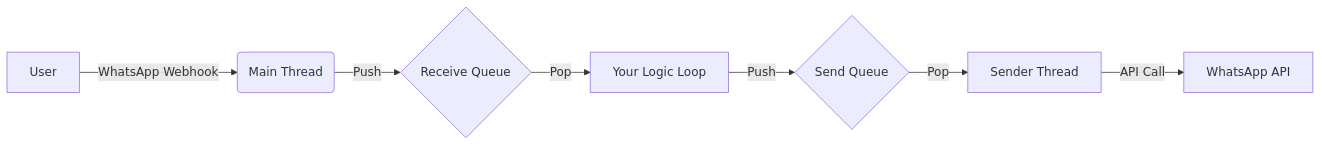
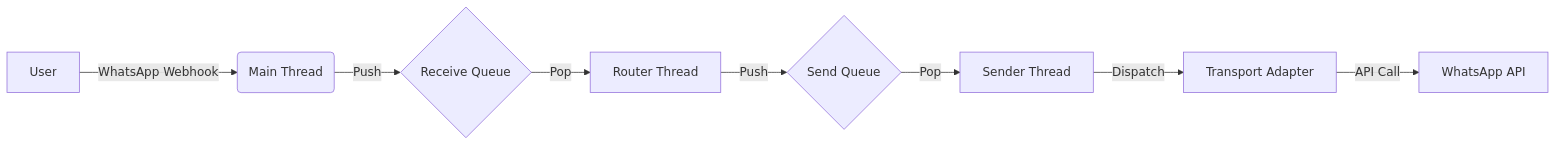
Before and after one commit to jmoraispk/loglife: the diagram in docs/core/architecture.md, drawn with Mermaid. The commit also changed other lines of this file and 13 other files, not shown here.

````diff
--- a/docs/core/architecture.md
+++ b/docs/core/architecture.md
@@ -11,9 +11,10 @@
 ```mermaid
 graph LR
     A[User] -->|WhatsApp Webhook| B(Main Thread)
     B -->|Push| C{Receive Queue}
-    C -->|Pop| D[Your Logic Loop]
+    C -->|Pop| D[Router Thread]
     D -->|Push| E{Send Queue}
     E -->|Pop| F[Sender Thread]
-    F -->|API Call| G[WhatsApp API]
+    F -->|Dispatch| G[Transport Adapter]
+    G -->|API Call| H[WhatsApp API]
 ```
````
